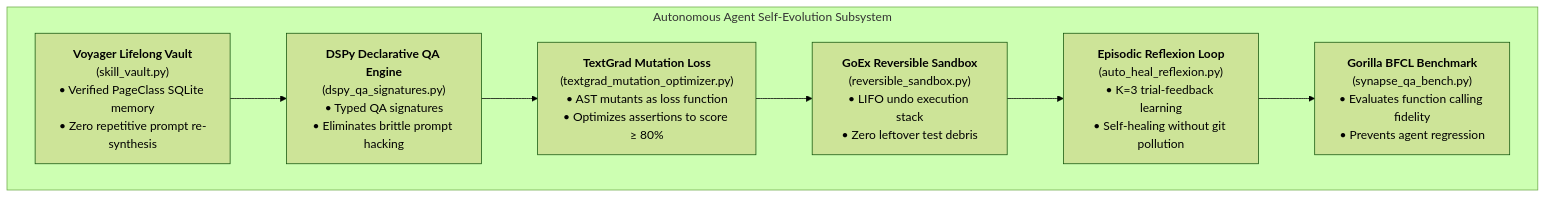
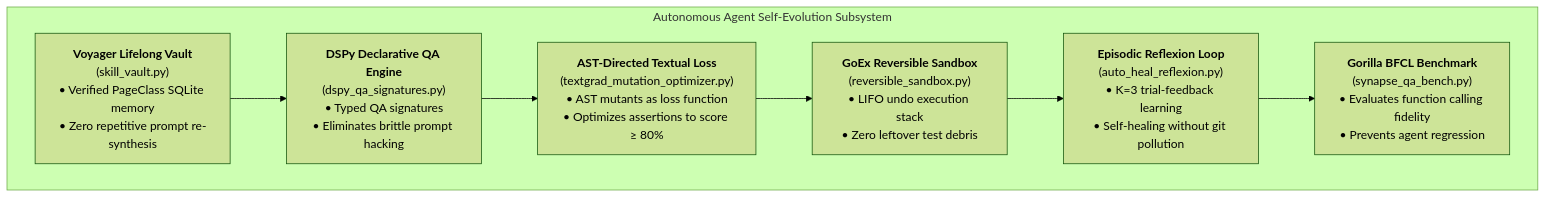
One commit to TeeVee98/Synapse-Hub changed the third of 3 diagrams in docs/ARCHITECTURE.en.md. Above: the diagram before and after it, drawn with Mermaid (forest theme). The commit also changed other lines of this file and 20 other files, not shown here.

Commit message:
feat(architecture): elevate synapse-hub with modular sdk, sub-8s fast gates, and som visual fallback

````diff
--- a/docs/ARCHITECTURE.en.md
+++ b/docs/ARCHITECTURE.en.md
@@ -150,13 +150,13 @@
 ```mermaid
 flowchart TD
     subgraph SelfEvolution["Autonomous Agent Self-Evolution Subsystem"]
         Vault["<b>Voyager Lifelong Vault</b><br/>(skill_vault.py)<br/>• Verified PageClass SQLite memory<br/>• Zero repetitive prompt re-synthesis"]
         Reflexion["<b>Episodic Reflexion Loop</b><br/>(auto_heal_reflexion.py)<br/>• K=3 trial-feedback learning<br/>• Self-healing without git pollution"]
         DSPy["<b>DSPy Declarative QA Engine</b><br/>(dspy_qa_signatures.py)<br/>• Typed QA signatures<br/>• Eliminates brittle prompt hacking"]
-        TextGrad["<b>TextGrad Mutation Loss</b><br/>(textgrad_mutation_optimizer.py)<br/>• AST mutants as loss function<br/>• Optimizes assertions to score &ge; 80%"]
+        TextGrad["<b>AST-Directed Textual Loss</b><br/>(textgrad_mutation_optimizer.py)<br/>• AST mutants as loss function<br/>• Optimizes assertions to score &ge; 80%"]
         Reversible["<b>GoEx Reversible Sandbox</b><br/>(reversible_sandbox.py)<br/>• LIFO undo execution stack<br/>• Zero leftover test debris"]
         Bench["<b>Gorilla BFCL Benchmark</b><br/>(synapse_qa_bench.py)<br/>• Evaluates function calling fidelity<br/>• Prevents agent regression"]
     end
 
     Vault --> DSPy --> TextGrad --> Reversible --> Reflexion --> Bench
 ```
````
